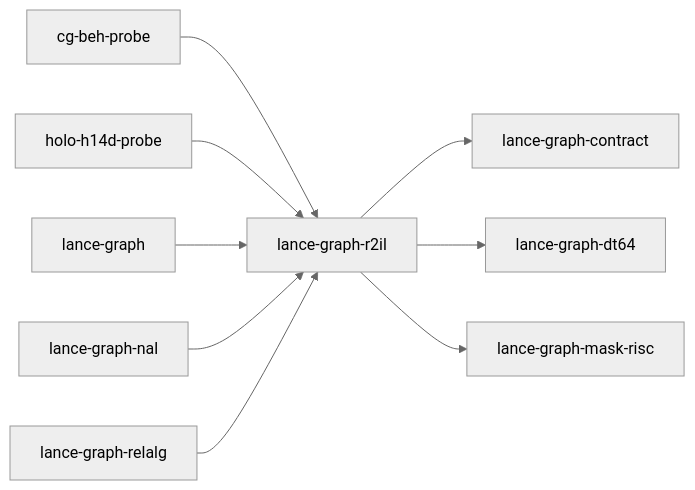
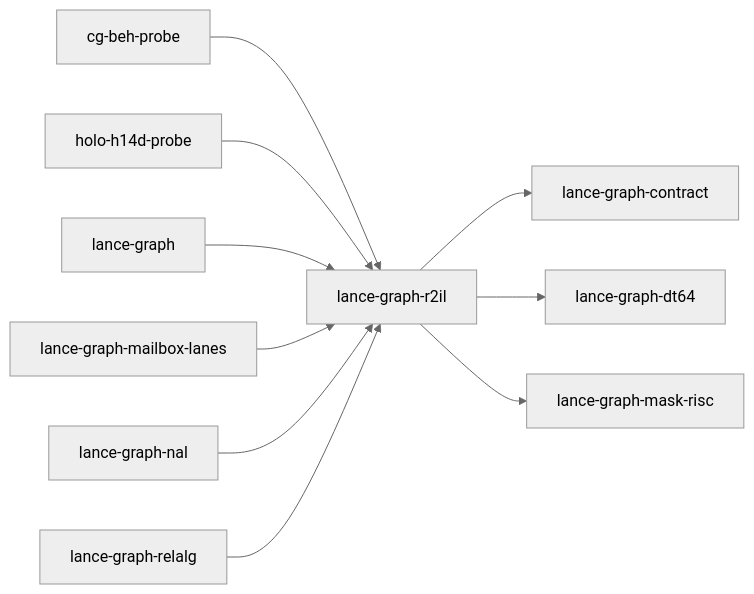
Before and after one commit to AdaWorldAPI/lance-graph: the diagram in .codegraph/crates/lance-graph-r2il.index.md, drawn with Mermaid (neutral theme). The commit also changed other lines of this file and 21 other files, not shown here.

````diff
--- a/.codegraph/crates/lance-graph-r2il.index.md
+++ b/.codegraph/crates/lance-graph-r2il.index.md
@@ -240,20 +247,22 @@
 ```mermaid
 flowchart LR
   n4["cg-beh-probe"]
   n29["holo-h14d-probe"]
   n34["lance-graph"]
   n45["lance-graph-contract"]
   n48["lance-graph-dt64"]
+  n53["lance-graph-mailbox-lanes"]
   n54["lance-graph-mask-risc"]
   n56["lance-graph-nal"]
   n65["lance-graph-r2il"]
   n67["lance-graph-relalg"]
   n4 --> n65
   n29 --> n65
   n34 --> n65
+  n53 --> n65
   n56 --> n65
   n65 --> n45
   n65 --> n48
   n65 --> n54
   n67 --> n65
 ```
````
